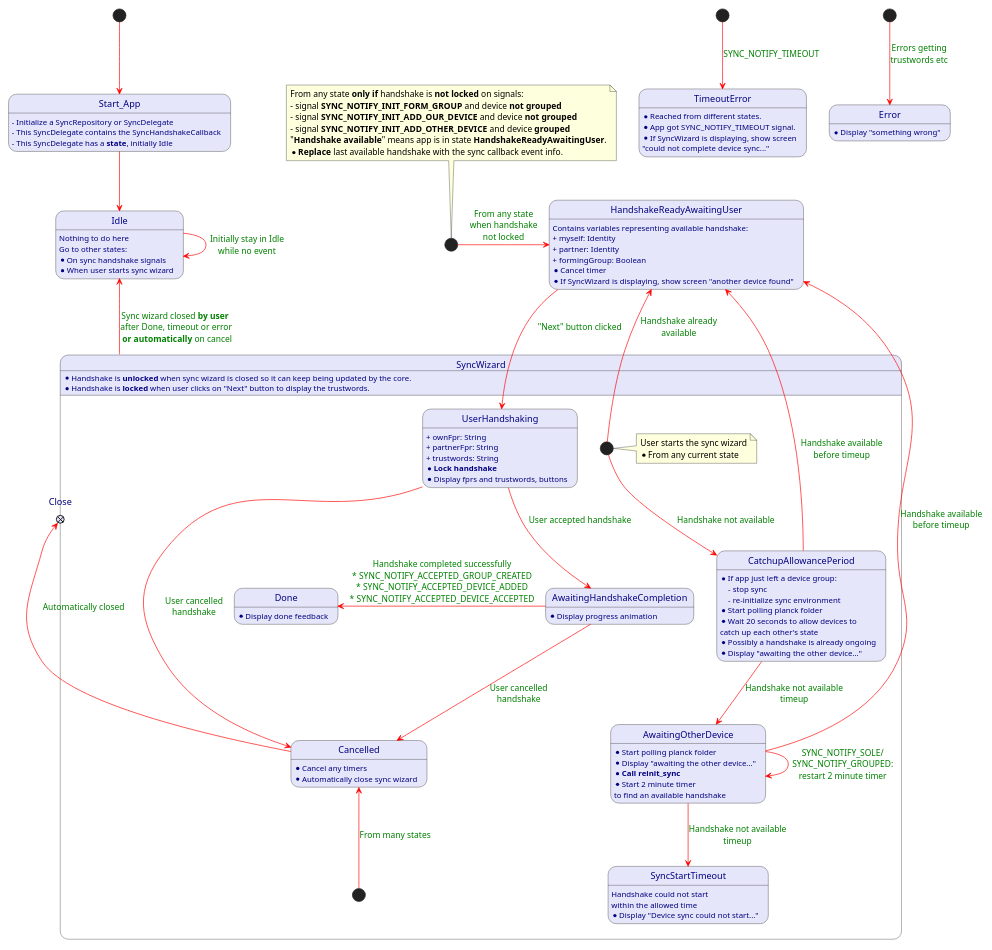
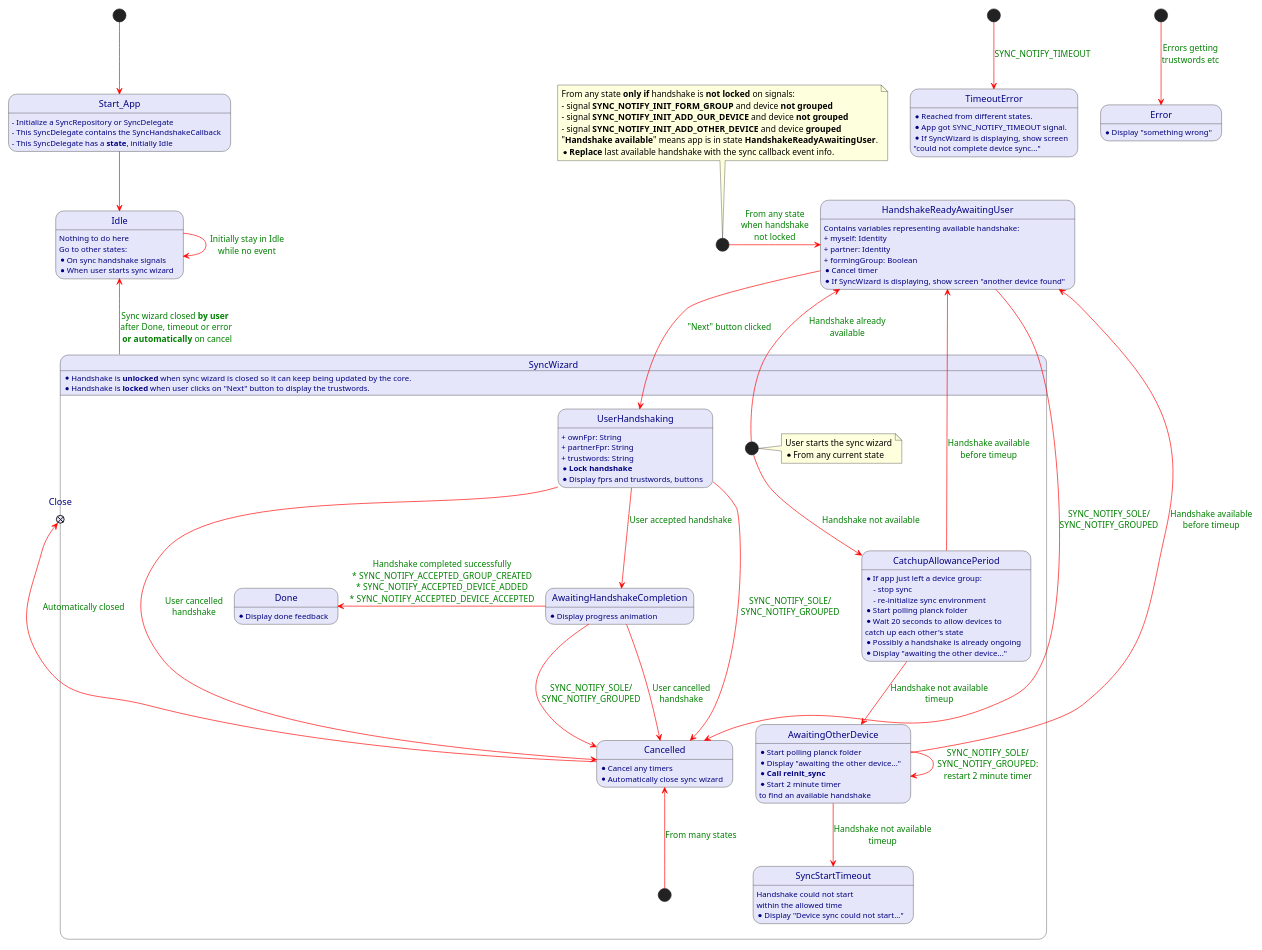
One commit to plancksecurity/android-planckForAndroid changed the diagram in diagrams/sync/SyncFlowStateDiagram.puml. Above: the diagram before and after it, drawn with PlantUML.

Commit message:
EFA-366 Update SyncFlowStateDiagram.puml

```diff
--- a/diagrams/sync/SyncFlowStateDiagram.puml
+++ b/diagrams/sync/SyncFlowStateDiagram.puml
@@ -1,125 +1,128 @@
 @startuml
 'https://plantuml.com/state-diagram
 'skinparam ranksep 20
 skinparam dpi 125
 'skinparam packageTitleAlignment left
 'skinparam linetype ortho
 'skinparam linetype polyline
 'left to right direction
 skinparam arrowColor red
 skinparam arrowFontColor green
 'skinparam handwritten true
 skinparam State {
     AttributeFontcolor navy
     BackgroundColor lavender
 }
 
 
 scale 800 width
 scale 800 height
 
 [*] --> Start_App
 Start_App : - Initialize a SyncRepository or SyncDelegate
 Start_App : - This SyncDelegate contains the SyncHandshakeCallback
 Start_App : - This SyncDelegate has a **state**, initially Idle
 
 Start_App -down-> Idle
 Idle: Nothing to do here
 Idle: Go to other states:
 Idle: * On sync handshake signals
 Idle: * When user starts sync wizard
 Idle -> Idle : Initially stay in Idle\nwhile no event
 'Idle ---> Sync_Wizard
 state SyncWizard {
 SyncWizard: * Handshake is **unlocked** when sync wizard is closed so it can keep being updated by the core.
 SyncWizard: * Handshake is **locked** when user clicks on "Next" button to display the trustwords.
     state Wizard_Start <<start>>
     note right of Wizard_Start
       User starts the sync wizard
       * From any current state
     end note
 
     Wizard_Start --> CatchupAllowancePeriod : Handshake not available
 
     CatchupAllowancePeriod: * If app just left a device group:\n    - stop sync\n    - re-initialize sync environment
     CatchupAllowancePeriod: * Start polling planck folder
     CatchupAllowancePeriod: * Wait 20 seconds to allow devices to \ncatch up each other's state
     CatchupAllowancePeriod: * Possibly a handshake is already ongoing
     CatchupAllowancePeriod: * Display "awaiting the other device..."
 
     CatchupAllowancePeriod --> AwaitingOtherDevice : Handshake not available\ntimeup
     AwaitingOtherDevice: * Start polling planck folder
     AwaitingOtherDevice: * Display "awaiting the other device..."
     AwaitingOtherDevice: * **Call reinit_sync**
     AwaitingOtherDevice: * Start 2 minute timer
     AwaitingOtherDevice: to find an available handshake
     AwaitingOtherDevice --> AwaitingOtherDevice : SYNC_NOTIFY_SOLE/\nSYNC_NOTIFY_GROUPED:\nrestart 2 minute timer
     AwaitingOtherDevice --> SyncStartTimeout : Handshake not available\ntimeup
     SyncStartTimeout: Handshake could not start\nwithin the allowed time
     SyncStartTimeout: * Display "Device sync could not start..."
 
     state UserHandshaking
     UserHandshaking: + ownFpr: String
     UserHandshaking: + partnerFpr: String
     UserHandshaking: + trustwords: String
     UserHandshaking: * **Lock handshake**
     UserHandshaking: * Display fprs and trustwords, buttons
 
     state AwaitingHandshakeCompletion
     AwaitingHandshakeCompletion: * Display progress animation
     UserHandshaking --> AwaitingHandshakeCompletion : User accepted handshake
     AwaitingHandshakeCompletion -left> Done : Handshake completed successfully\n* SYNC_NOTIFY_ACCEPTED_GROUP_CREATED\n* SYNC_NOTIFY_ACCEPTED_DEVICE_ADDED\n* SYNC_NOTIFY_ACCEPTED_DEVICE_ACCEPTED
     Done: * Display done feedback
 
     UserHandshaking --> Cancelled : User cancelled\nhandshake
     Cancelled: * Cancel any timers
     Cancelled: * Automatically close sync wizard
     state CancelledRoot <<start>>
     CancelledRoot -up-> Cancelled : From many states
     AwaitingHandshakeCompletion --> Cancelled : User cancelled\nhandshake
     state Close <<exitPoint>>
     Cancelled -[norank]left-> Close : Automatically closed
 }
 
 SyncWizard -up-> Idle : Sync wizard closed **by user** \nafter Done, timeout or error\n **or automatically** on cancel
 
 Wizard_Start --> HandshakeReadyAwaitingUser : Handshake already\navailable
 CatchupAllowancePeriod -up------> HandshakeReadyAwaitingUser : Handshake available\nbefore timeup
 AwaitingOtherDevice --> HandshakeReadyAwaitingUser : Handshake available\nbefore timeup
 HandshakeReadyAwaitingUser --> UserHandshaking : "Next" button clicked
+HandshakeReadyAwaitingUser ----> Cancelled : SYNC_NOTIFY_SOLE/\nSYNC_NOTIFY_GROUPED
+UserHandshaking --> Cancelled : SYNC_NOTIFY_SOLE/\nSYNC_NOTIFY_GROUPED
+AwaitingHandshakeCompletion --> Cancelled : SYNC_NOTIFY_SOLE/\nSYNC_NOTIFY_GROUPED
 
 
 
 state HandshakeReadyAwaitingUser
 HandshakeReadyAwaitingUser: Contains variables representing available handshake:
 HandshakeReadyAwaitingUser: + myself: Identity
 HandshakeReadyAwaitingUser: + partner: Identity
 HandshakeReadyAwaitingUser: + formingGroup: Boolean
 HandshakeReadyAwaitingUser: * Cancel timer
 HandshakeReadyAwaitingUser: * If SyncWizard is displaying, show screen "another device found"
 
 state TimeoutRoot <<start>>
 TimeoutRoot --> TimeoutError : SYNC_NOTIFY_TIMEOUT
 TimeoutError: * Reached from different states.
 TimeoutError: * App got SYNC_NOTIFY_TIMEOUT signal.
 TimeoutError: * If SyncWizard is displaying, show screen\n"could not complete device sync..."
 
 state ErrorRoot <<start>>
 ErrorRoot --> Error : Errors getting\ntrustwords etc
 Error: * Display "something wrong"
 
 
 
 state anyState <<start>>
 anyState -> HandshakeReadyAwaitingUser: From any state\nwhen handshake\nnot locked
 note top of anyState
 From any state **only if** handshake is **not locked** on signals:
 - signal **SYNC_NOTIFY_INIT_FORM_GROUP** and device **not grouped**
 - signal **SYNC_NOTIFY_INIT_ADD_OUR_DEVICE** and device **not grouped**
 - signal **SYNC_NOTIFY_INIT_ADD_OTHER_DEVICE** and device **grouped**
 "**Handshake available**" means app is in state **HandshakeReadyAwaitingUser**.
 * **Replace** last available handshake with the sync callback event info.
 end note
 
 
 @enduml
```
